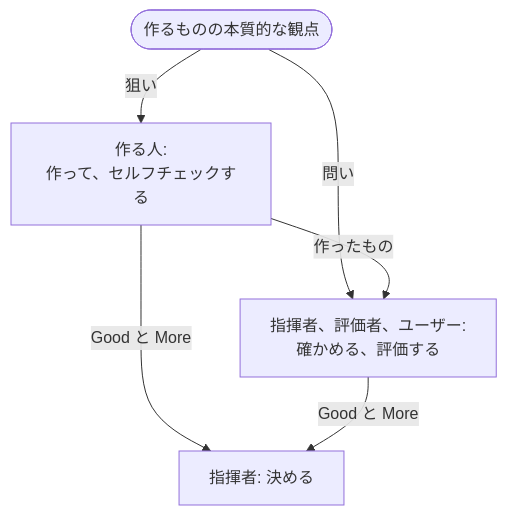
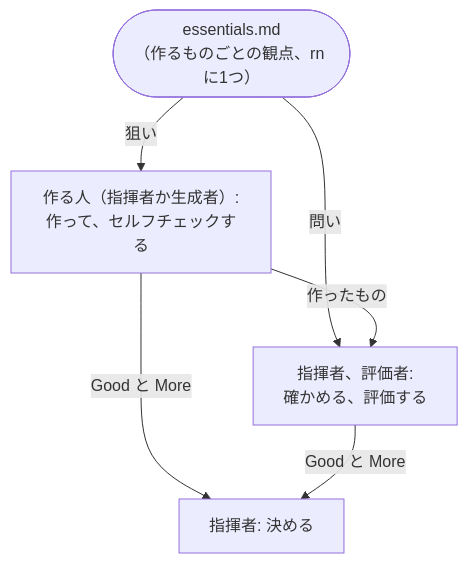
The first of 5 diagrams in rn/docs/design.md (lovaizu/ccpm), drawn with Mermaid before and after one commit. The commit also changed other lines of this file, not shown here.

Commit message:
docs(rn): design.md — the essentials section designs the file and who uses it, not what it says

````diff
--- a/rn/docs/design.md
+++ b/rn/docs/design.md
@@ -11,12 +11,12 @@
 ```mermaid
 flowchart TD
-    E(["作るものの本質的な観点"])
-    M["作る人:<br/>作って、セルフチェックする"]
-    V["指揮者、評価者、ユーザー:<br/>確かめる、評価する"]
+    E(["essentials.md<br/>（作るものごとの観点、rn に1つ）"])
+    M["作る人（指揮者か生成者）:<br/>作って、セルフチェックする"]
+    V["指揮者、評価者:<br/>確かめる、評価する"]
     C["指揮者: 決める"]
     E -->|"狙い"| M
     E -->|"問い"| V
     M -->|"作ったもの"| V
     M -->|"Good と More"| C
     V -->|"Good と More"| C
 ```
````
